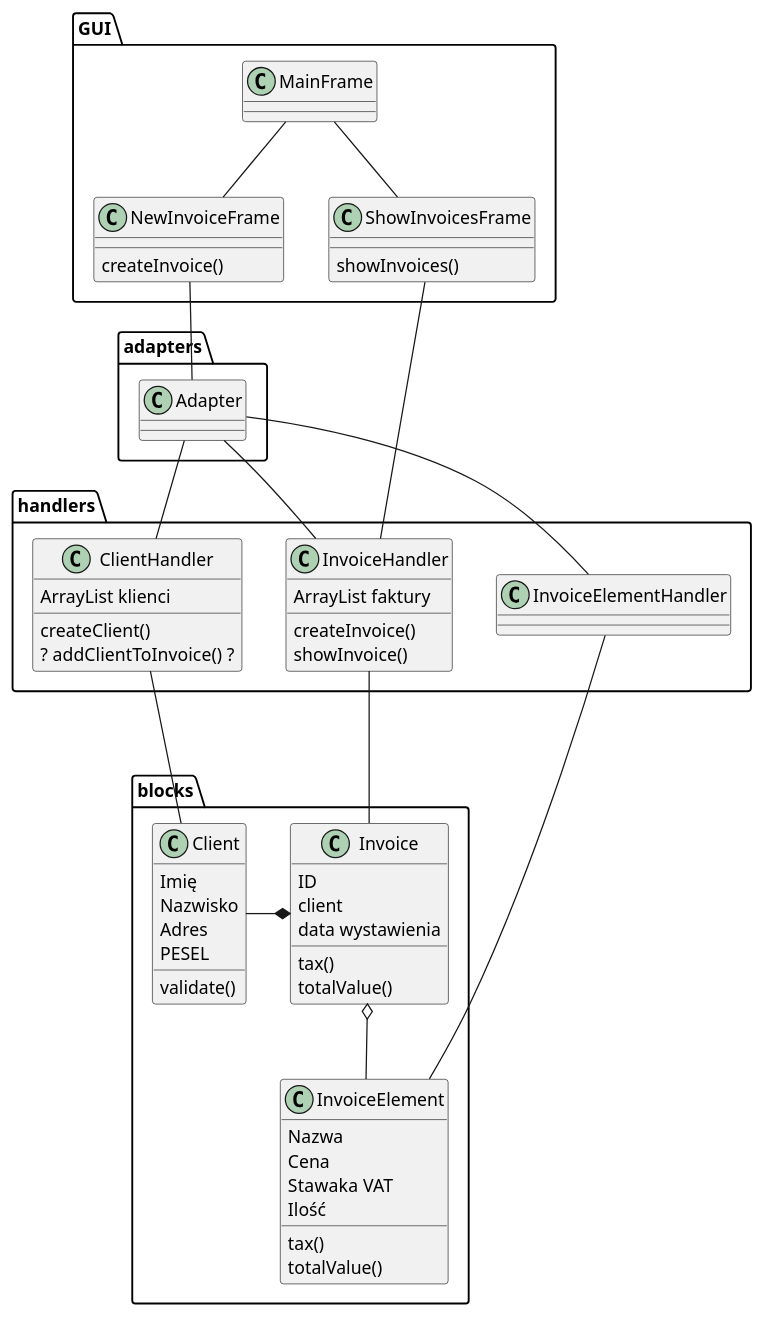
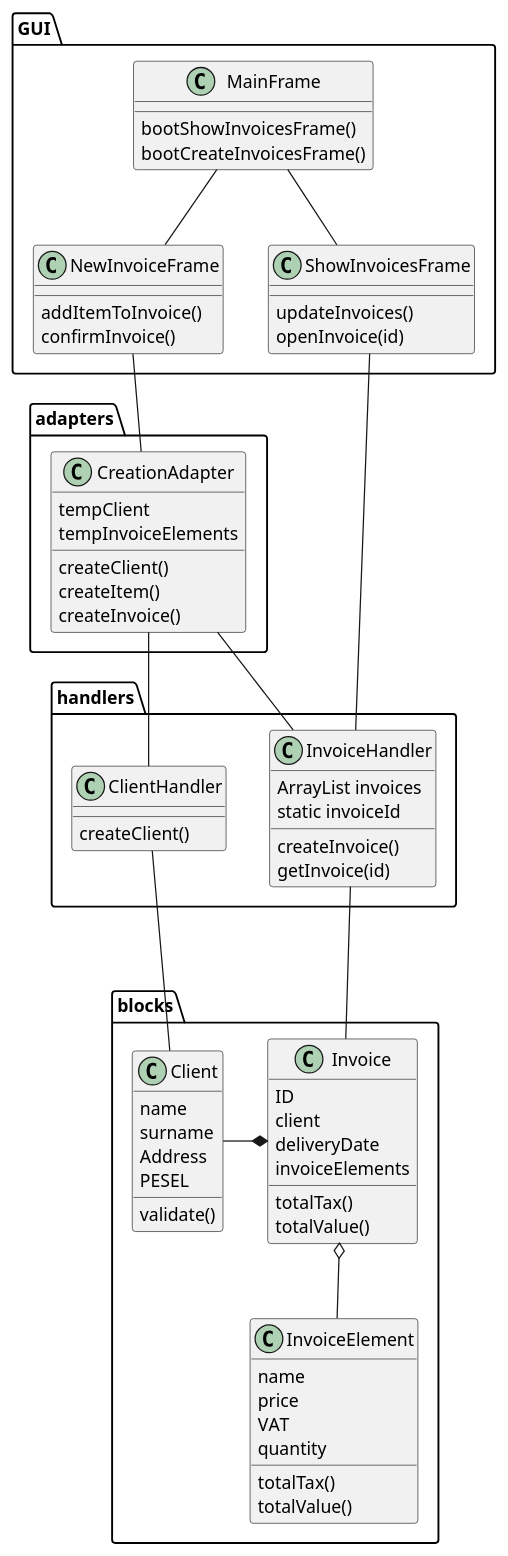
The diagram in faktura/UML/class.puml (Fermento99/TP), drawn with PlantUML before and after one commit. The commit also changed 7 other files, not shown here.

Commit message:
updated class diagram typos

```diff
--- a/faktura/UML/class.puml
+++ b/faktura/UML/class.puml
@@ -1,72 +1,76 @@
 @startuml
 
 class blocks.Invoice {
     ID
     client
-    data wystawienia
-    tax()
+    deliveryDate
+    invoiceElements
+    totalTax()
     totalValue()
 }
 
 class blocks.Client {
-    Imię
-    Nazwisko
-    Adres
+    name
+    surname
+    Address
     PESEL
     validate()
 }
 
 class blocks.InvoiceElement{
-    Nazwa
-    Cena
-    Stawaka VAT
-    Ilość
-    tax()
+    name
+    price
+    VAT
+    quantity
+    totalTax()
     totalValue()
 }
 
 class handlers.InvoiceHandler{
-    ArrayList faktury
+    ArrayList invoices
+    static invoiceId
     createInvoice()
-    showInvoice()
+    getInvoice(id)
 }
 
 class handlers.ClientHandler{
-    ArrayList klienci
     createClient()
-    ? addClientToInvoice() ?
 }
 
-class adapters.Adapter {
-
-}
-class handlers.InvoiceElementHandler {
+class adapters.CreationAdapter {
+    tempClient
+    tempInvoiceElements
+    createClient()
+    createItem()
+    createInvoice()
 
 }
 
+
 class GUI.MainFrame{
-
+    bootShowInvoicesFrame()
+    bootCreateInvoicesFrame()
 }
 
 class GUI.NewInvoiceFrame {
-    createInvoice()
+    addItemToInvoice()
+    confirmInvoice()
 }
 
 class GUI.ShowInvoicesFrame {
-    showInvoices()
+    updateInvoices()
+    openInvoice(id)
 }
 
-GUI.NewInvoiceFrame -- adapters.Adapter
+GUI.NewInvoiceFrame -- adapters.CreationAdapter
 GUI.MainFrame -- GUI.ShowInvoicesFrame
 GUI.MainFrame -- GUI.NewInvoiceFrame
 GUI.ShowInvoicesFrame -- handlers.InvoiceHandler
-adapters.Adapter -- handlers.ClientHandler
-adapters.Adapter -- handlers.InvoiceHandler
-adapters.Adapter -- handlers.InvoiceElementHandler
+adapters.CreationAdapter -- handlers.ClientHandler
+adapters.CreationAdapter -- handlers.InvoiceHandler
 blocks.Invoice *- blocks.Client
 blocks.Invoice o-- blocks.InvoiceElement
 handlers.InvoiceHandler -- blocks.Invoice
 handlers.ClientHandler --- blocks.Client
-handlers.InvoiceElementHandler -- blocks.InvoiceElement
 
 @enduml
```
